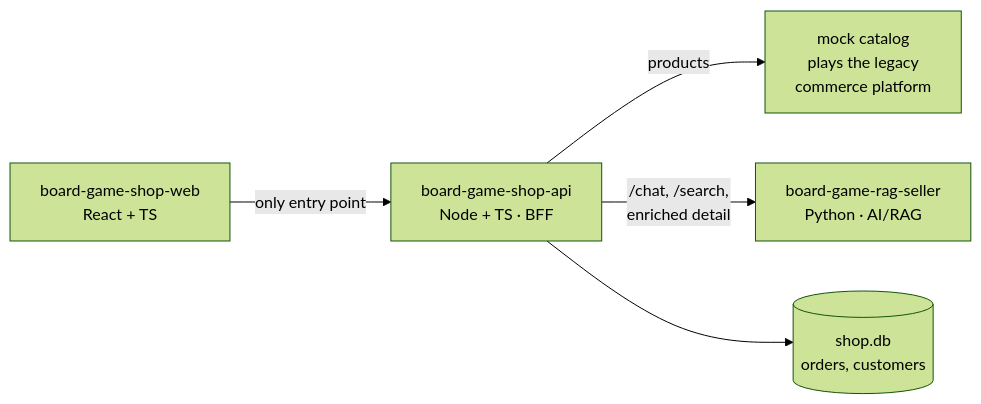
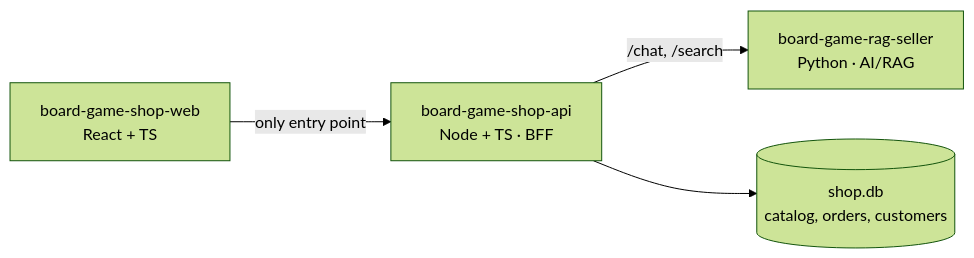
One commit to msporchia/board-game-shop-api changed the diagram in README.md. Above: the diagram before and after it, drawn with Mermaid (forest theme). The commit also changed other lines of this file and 31 other files, not shown here.

First line of the commit message:
Phase 1 revised: shop owns the catalog — SQLite store seeded from a JSON snapshot

````diff
--- a/README.md
+++ b/README.md
@@ -21,7 +21,6 @@
 ```mermaid
 flowchart LR
     WEB[board-game-shop-web<br/>React + TS] -->|only entry point| SHOP[board-game-shop-api<br/>Node + TS · BFF]
-    SHOP -->|products| MOCK[mock catalog<br/>plays the legacy<br/>commerce platform]
-    SHOP -->|/chat, /search,<br/>enriched detail| API[board-game-rag-seller<br/>Python · AI/RAG]
-    SHOP --> DB[(shop.db<br/>orders, customers)]
+    SHOP -->|/chat, /search| API[board-game-rag-seller<br/>Python · AI/RAG]
+    SHOP --> DB[(shop.db<br/>catalog, orders, customers)]
 ```
````
